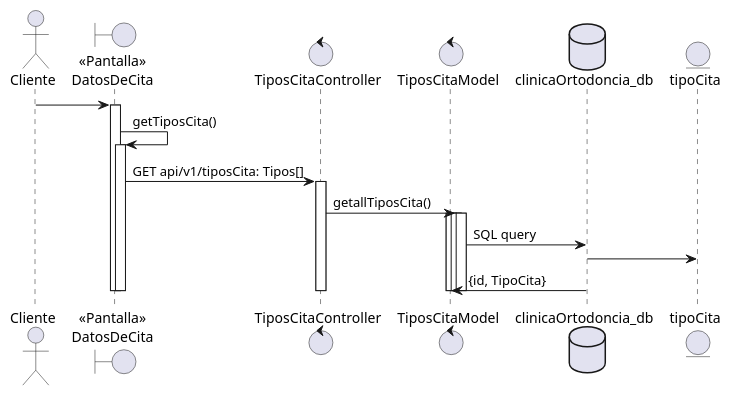
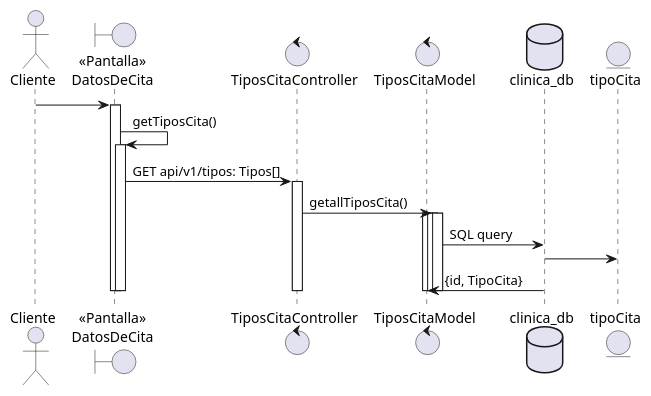
Before and after one commit to DavidOOrtiz/aplicaci-n-final: the diagram in DesarrolloS/uiux/3. diseño preliminar/robustness/tipo-cita-secuence.puml, drawn with PlantUML. The commit also changed 948 other files, not shown here.

```diff
--- a/DesarrolloS/uiux/3. diseño preliminar/robustness/tipo-cita-secuence.puml
+++ b/DesarrolloS/uiux/3. diseño preliminar/robustness/tipo-cita-secuence.puml
@@ -2,33 +2,33 @@
 @startuml
 
 actor "Cliente" as actorCliente
 boundary "<<Pantalla>>\nDatosDeCita" as boundryPantallaDatosDeCita
 
 actorCliente -> boundryPantallaDatosDeCita
 activate boundryPantallaDatosDeCita
     boundryPantallaDatosDeCita -> boundryPantallaDatosDeCita: getTiposCita()
     activate boundryPantallaDatosDeCita
         control "TiposCitaController" as tiposCitaController
             control "TiposCitaModel" as tiposCitaModel
-            boundryPantallaDatosDeCita -> tiposCitaController: GET api/v1/tiposCita: Tipos[]
+            boundryPantallaDatosDeCita -> tiposCitaController: GET api/v1/tipos: Tipos[]
             activate tiposCitaController
                 tiposCitaController -> tiposCitaModel: getallTiposCita()
                 activate tiposCitaModel
-                    database "clinicaOrtodoncia_db" as dbClinica
+                    database "clinica_db" as dbClinica
                     entity tipoCita
                     
                     activate tiposCitaModel
                         activate tiposCitaModel
                             tiposCitaModel -> dbClinica: SQL query
                             dbClinica -> tipoCita
                             dbClinica -> tiposCitaModel: {id, TipoCita}
                         deactivate
 
                     deactivate
                 deactivate tiposCitaModel
             deactivate tiposCitaController
         deactivate boundryPantallaDatosDeCita
     deactivate boundryPantallaDatosDeCita
 deactivate actorCliente
 
 @enduml
```
